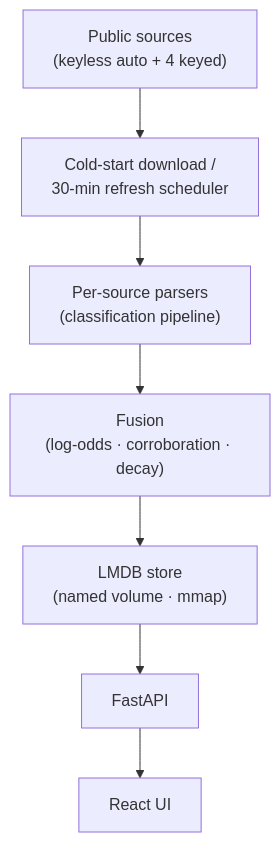
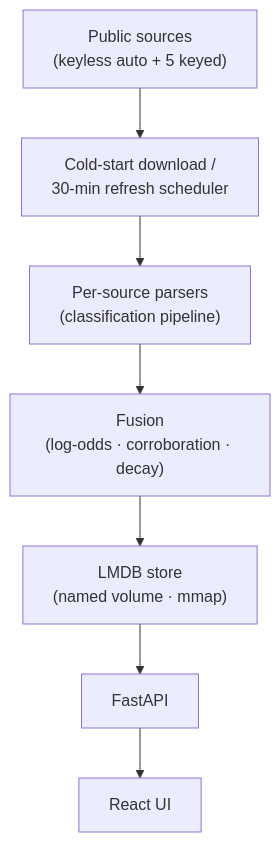
The diagram in README.md (steponeerror/ip-radar), drawn with Mermaid before and after one commit. The commit also changed other lines of this file and 5 other files, not shown here.

````diff
--- a/README.md
+++ b/README.md
@@ -98,9 +98,9 @@
 ```mermaid
 flowchart TD
-    A["Public sources<br/>(keyless auto + 4 keyed)"] --> B["Cold-start download /<br/>30-min refresh scheduler"]
+    A["Public sources<br/>(keyless auto + 5 keyed)"] --> B["Cold-start download /<br/>30-min refresh scheduler"]
     B --> C["Per-source parsers<br/>(classification pipeline)"]
     C --> D["Fusion<br/>(log-odds · corroboration · decay)"]
     D --> E["LMDB store<br/>(named volume · mmap)"]
     E --> F["FastAPI"]
     F --> G["React UI"]
 ```
````
